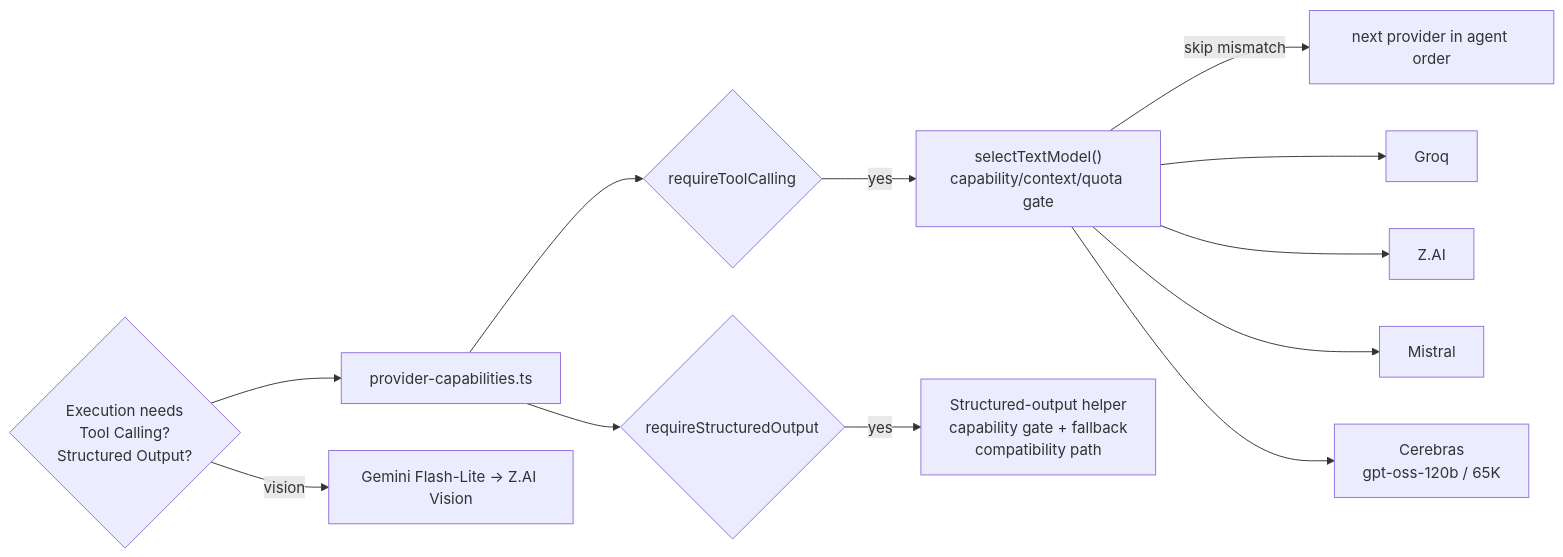
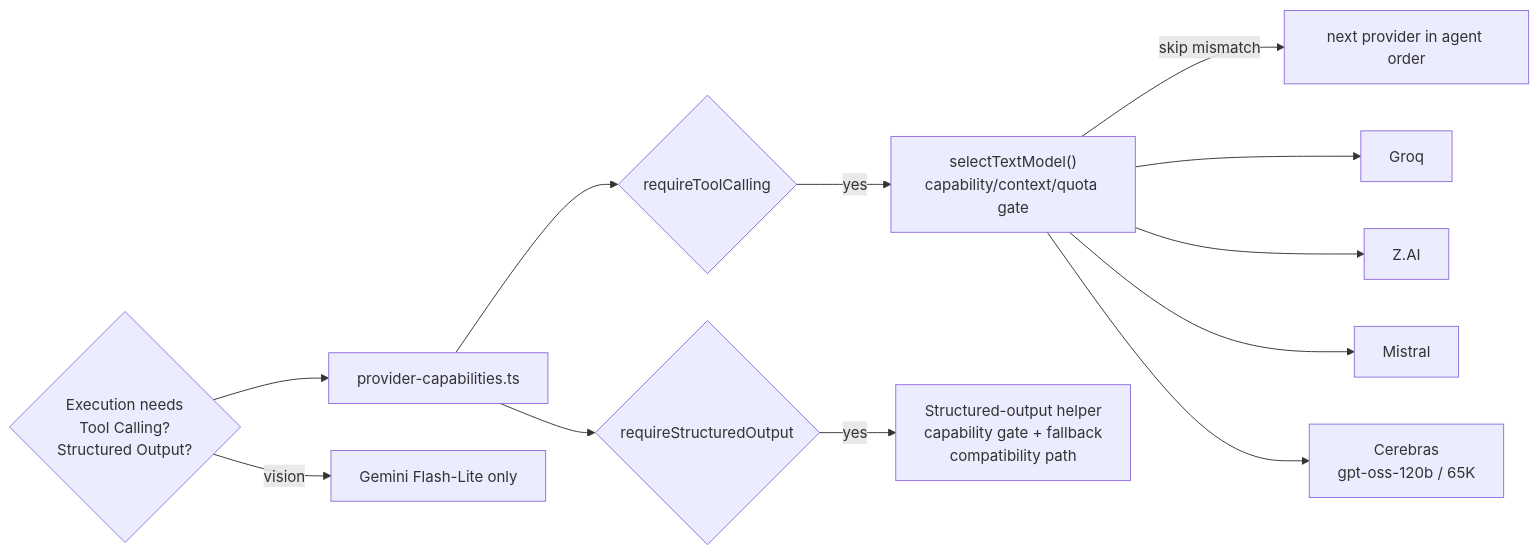
The third of 4 diagrams in docs/reference/architecture/ai/ai-engine-architecture.md (skyasu2/openmanager-ai), drawn with Mermaid before and after one commit. The commit also changed other lines of this file and 134 other files, not shown here.

````diff
--- a/docs/reference/architecture/ai/ai-engine-architecture.md
+++ b/docs/reference/architecture/ai/ai-engine-architecture.md
@@ -393,16 +393,16 @@
 ```mermaid
 flowchart LR
     Need{"Execution needs\nTool Calling?\nStructured Output?"} --> Caps["provider-capabilities.ts"]
     Caps --> TC{"requireToolCalling"}
     Caps --> SO{"requireStructuredOutput"}
 
     TC -->|yes| CapabilityGate["selectTextModel()\ncapability/context/quota gate"]
     CapabilityGate -->|skip mismatch| NextProvider["next provider in agent order"]
     CapabilityGate --> Groq["Groq"]
     CapabilityGate --> ZAI["Z.AI"]
     CapabilityGate --> Mistral["Mistral"]
     CapabilityGate --> Cerebras["Cerebras\ngpt-oss-120b / 65K"]
 
     SO -->|yes| Structured["Structured-output helper\ncapability gate + fallback\ncompatibility path"]
-    Need -->|vision| Vision["Gemini Flash-Lite → Z.AI Vision"]
+    Need -->|vision| Vision["Gemini Flash-Lite only"]
 ```
````
